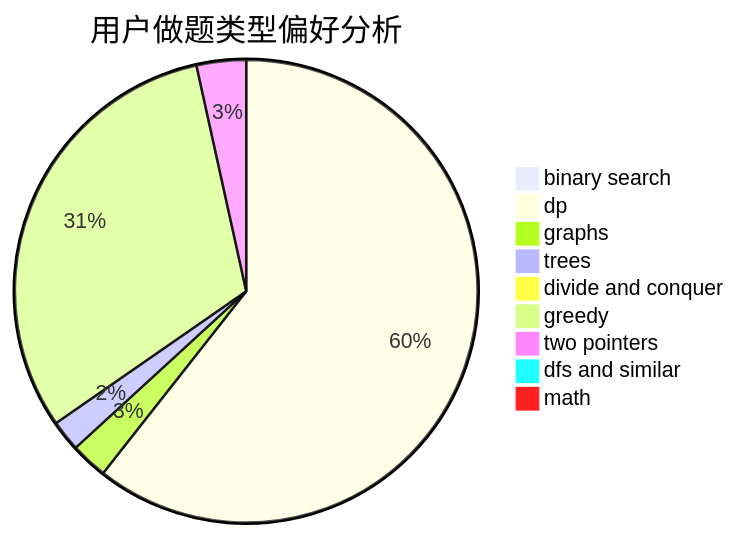
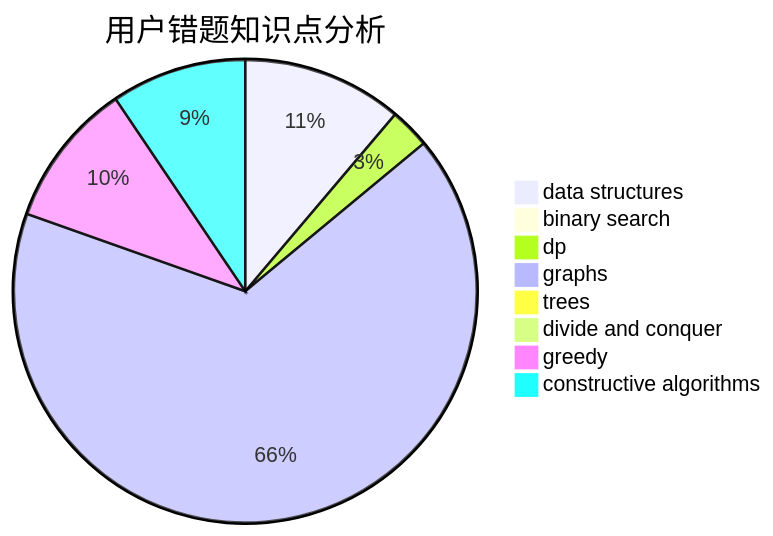
Before and after one commit to sherpahu/cfrs.github.io: the third of 3 diagrams in docs/user/u2252.md, drawn with Mermaid. The commit also changed other lines of this file and 2775 other files, not shown here.

````diff
--- a/docs/user/u2252.md
+++ b/docs/user/u2252.md
@@ -23,12 +36,11 @@
 ```mermaid
-pie title 用户做题类型偏好分析
-    "binary search" :  5
-    "dp" :  754
-    "graphs" :  32
-    "trees" :  27
+pie title 用户错题知识点分析
+    "data structures" :  32
+    "binary search" :  0
+    "dp" :  8
+    "graphs" :  190
+    "trees" :  0
     "divide and conquer" :  0
-    "greedy" :  388
-    "two pointers" :  43
-    "dfs and similar" :  8
-    "math" :  8
+    "greedy" :  29
+    "constructive algorithms" :  27
 ```
````
